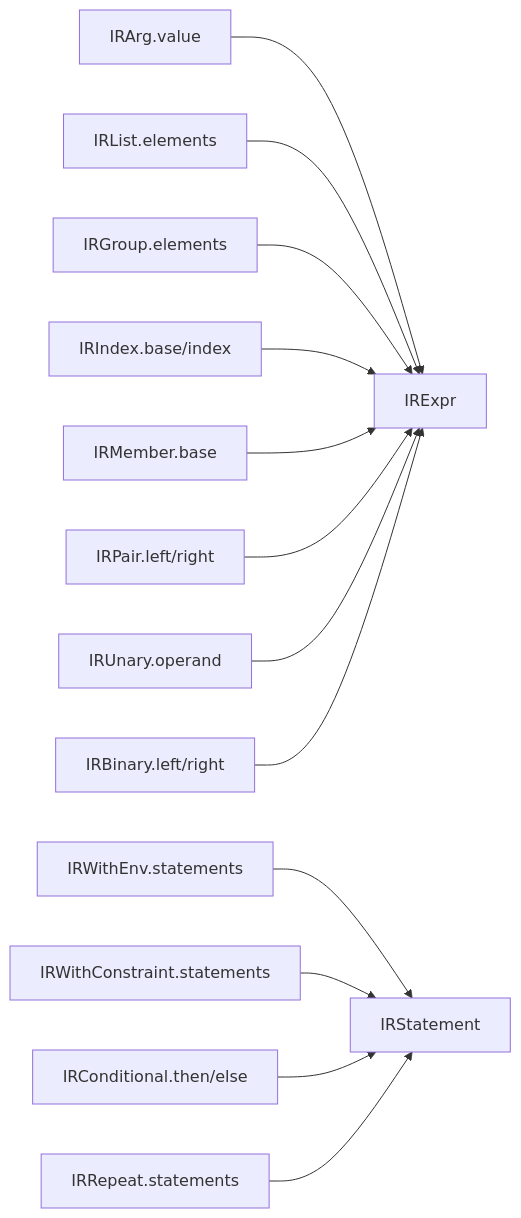
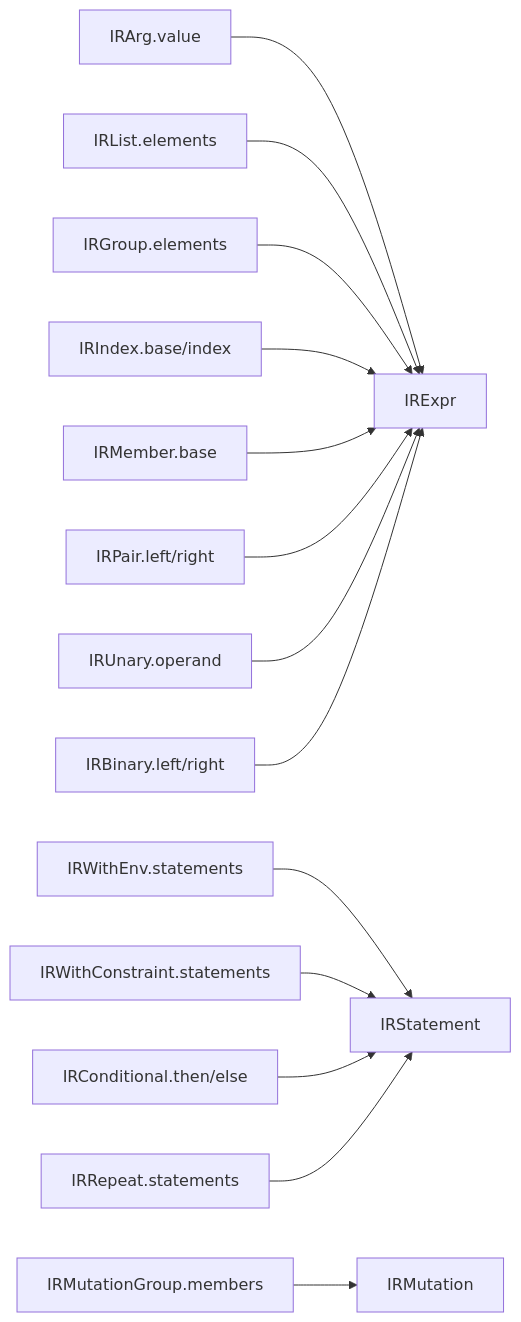
Before and after one commit to culsma/culsma: the sixth of 6 diagrams in docs/architecture/pipeline/ir_structure_diagrams.md, drawn with Mermaid. The commit also changed other lines of this file and 24 other files, not shown here.

````diff
--- a/docs/architecture/pipeline/ir_structure_diagrams.md
+++ b/docs/architecture/pipeline/ir_structure_diagrams.md
@@ -209,16 +212,17 @@
 ```mermaid
 flowchart LR
     IRArg["IRArg.value"] --> IRExpr["IRExpr"]
     IRList["IRList.elements"] --> IRExpr
     IRGroup["IRGroup.elements"] --> IRExpr
     IRIndex["IRIndex.base/index"] --> IRExpr
     IRMember["IRMember.base"] --> IRExpr
     IRPair["IRPair.left/right"] --> IRExpr
     IRUnary["IRUnary.operand"] --> IRExpr
     IRBinary["IRBinary.left/right"] --> IRExpr
 
     IRWithEnv["IRWithEnv.statements"] --> IRStatement["IRStatement"]
     IRWithConstraint["IRWithConstraint.statements"] --> IRStatement
     IRConditional["IRConditional.then/else"] --> IRStatement
     IRRepeat["IRRepeat.statements"] --> IRStatement
+    IRMutationGroup["IRMutationGroup.members"] --> IRMutation["IRMutation"]
 ```
````
